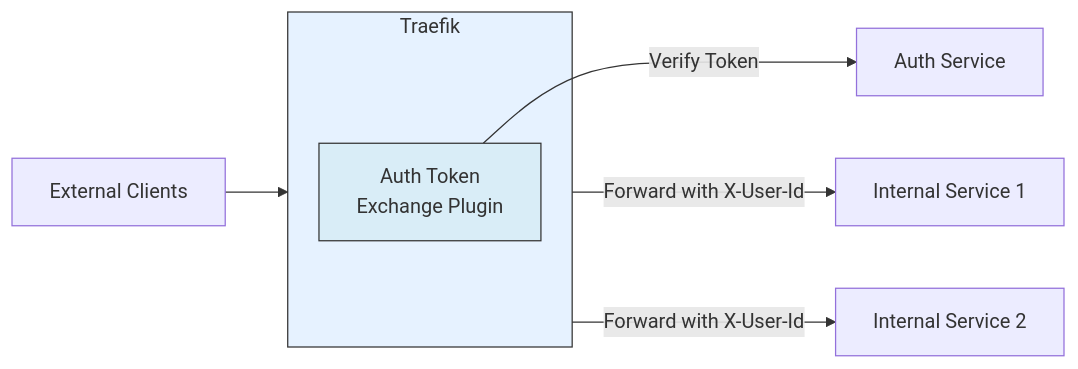
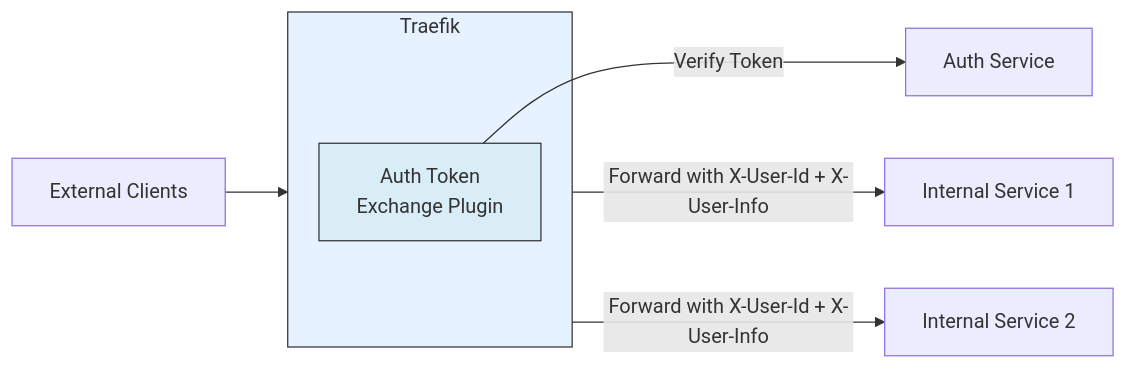
Before and after one commit to lifter-ai/auth-token-exchange-plugin: the diagram in doc/mermaid-architecture-diagram.mermaid, drawn with Mermaid. The commit also changed 4 other files, not shown here.

```diff
--- a/doc/mermaid-architecture-diagram.mermaid
+++ b/doc/mermaid-architecture-diagram.mermaid
@@ -1,13 +1,13 @@
 flowchart LR
     Client[External Clients] --> Traefik
     
     subgraph Traefik
         AuthPlugin[Auth Token<br/>Exchange Plugin]
     end
     
     AuthPlugin -->|Verify Token| AuthService[Auth Service]
-    Traefik -->|Forward with X-User-Id| Service1[Internal Service 1]
-    Traefik -->|Forward with X-User-Id| Service2[Internal Service 2]
+    Traefik -->|Forward with X-User-Id + X-User-Info| Service1[Internal Service 1]
+    Traefik -->|Forward with X-User-Id + X-User-Info| Service2[Internal Service 2]
     
     style AuthPlugin fill:#d9edf7,stroke:#333
     style Traefik fill:#e6f2ff,stroke:#333
```
